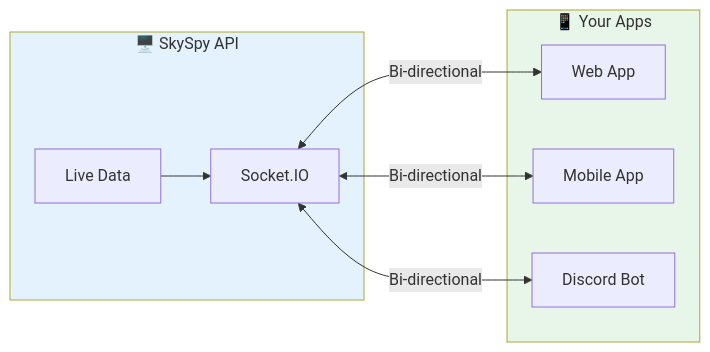
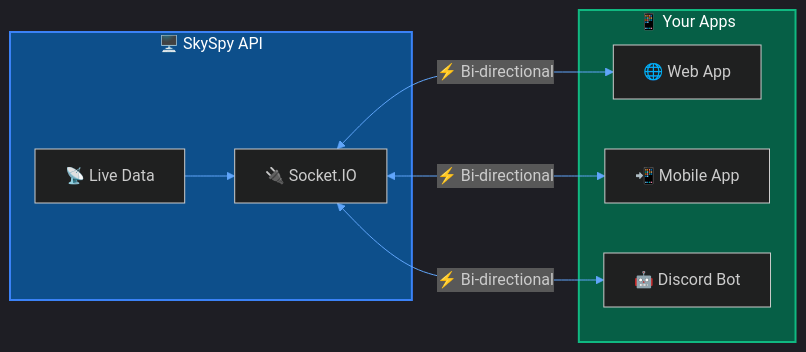
Before and after one commit to CHA0S-CORP/SkySpyDocs: the first of 3 diagrams in docs/Getting Started/real-time-api.md, drawn with Mermaid. The commit also changed other lines of this file and 11 other files, not shown here.

````diff
--- a/docs/Getting Started/real-time-api.md
+++ b/docs/Getting Started/real-time-api.md
@@ -10,21 +10,22 @@
 ```mermaid
+%%{init: {'theme': 'dark', 'themeVariables': { 'primaryColor': '#1e3a5f', 'primaryTextColor': '#fff', 'primaryBorderColor': '#3b82f6', 'lineColor': '#60a5fa'}}}%%
 flowchart LR
     subgraph Server["🖥️ SkySpy API"]
-        DATA[Live Data]
-        SOCKETIO[Socket.IO]
+        DATA["📡 Live Data"]
+        SOCKETIO["🔌 Socket.IO"]
     end
 
     subgraph Clients["📱 Your Apps"]
-        WEB[Web App]
-        MOBILE[Mobile App]
-        BOT[Discord Bot]
+        WEB["🌐 Web App"]
+        MOBILE["📲 Mobile App"]
+        BOT["🤖 Discord Bot"]
     end
 
     DATA --> SOCKETIO
-    SOCKETIO <-->|Bi-directional| WEB
-    SOCKETIO <-->|Bi-directional| MOBILE
-    SOCKETIO <-->|Bi-directional| BOT
+    SOCKETIO <-->|"⚡ Bi-directional"| WEB
+    SOCKETIO <-->|"⚡ Bi-directional"| MOBILE
+    SOCKETIO <-->|"⚡ Bi-directional"| BOT
 
-    style Server fill:#e3f2fd
-    style Clients fill:#e8f5e9
+    style Server fill:#0d4f8b,stroke:#3b82f6,stroke-width:2px,color:#fff
+    style Clients fill:#065f46,stroke:#10b981,stroke-width:2px,color:#fff
 ```
````
